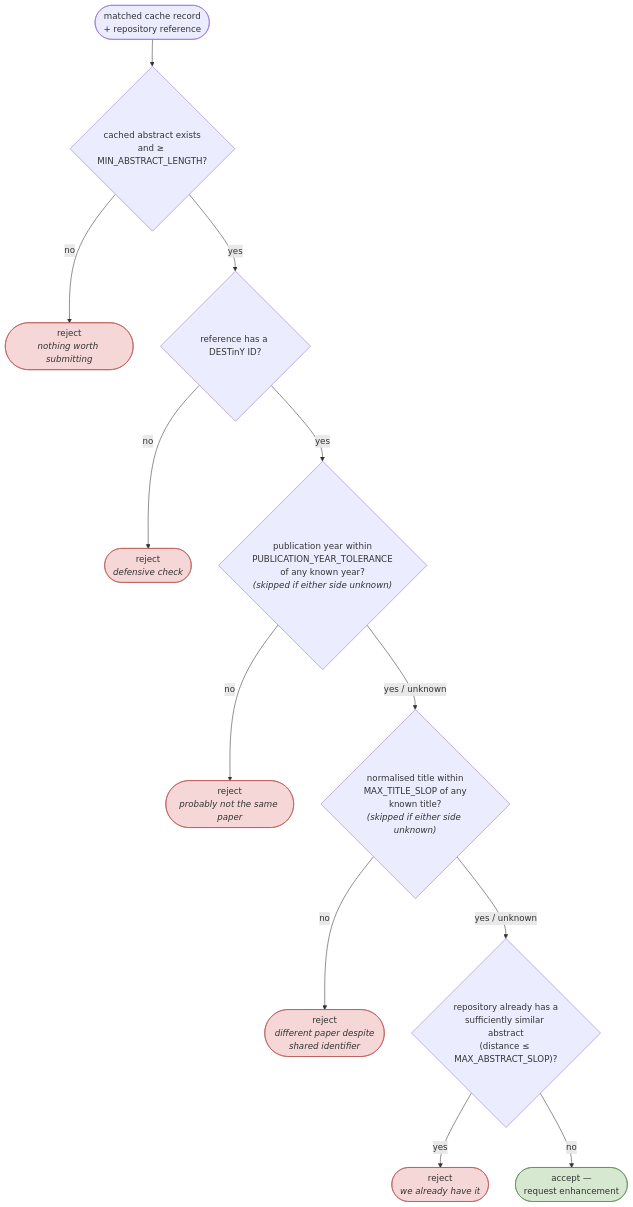
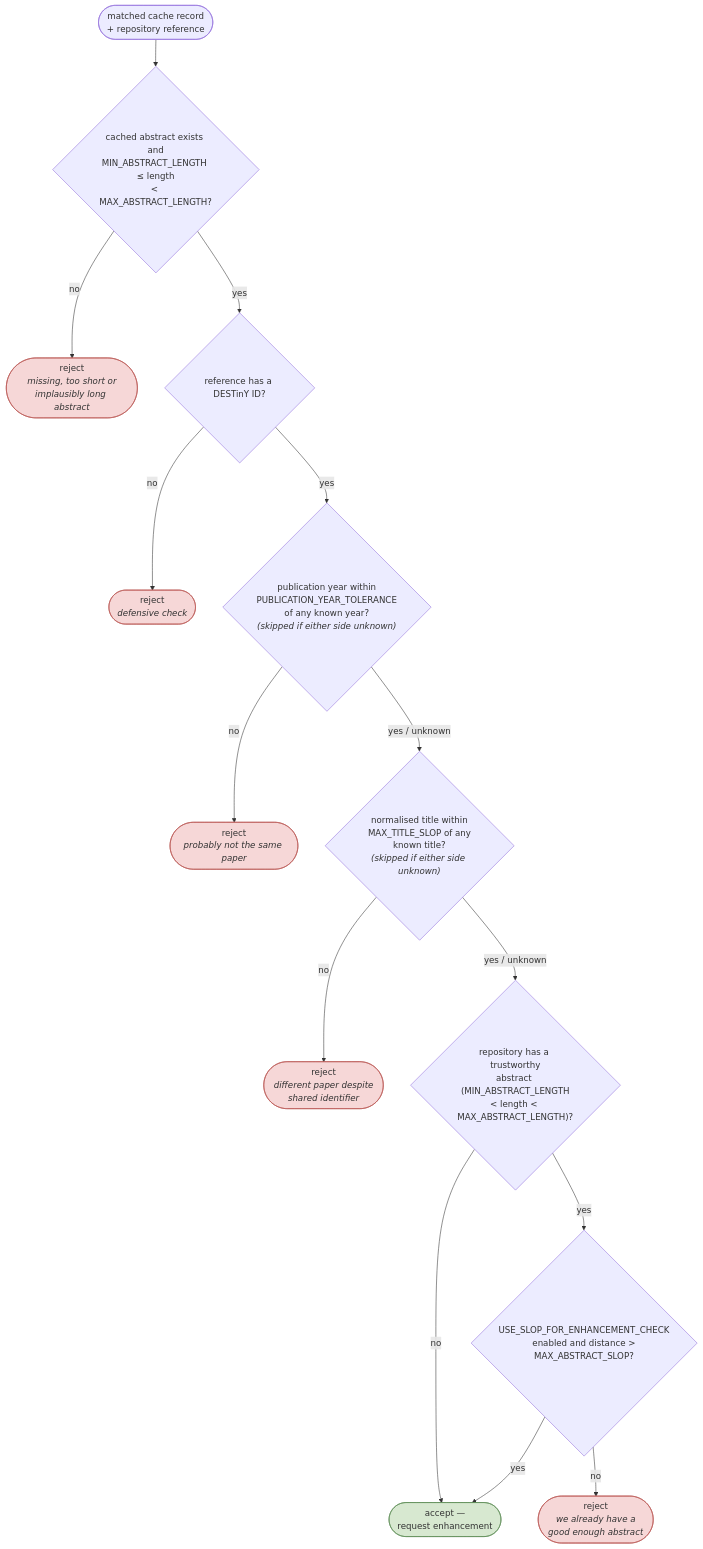
One commit to destiny-evidence/bulk-abstract-ingest-robot changed the diagram in docs/docs/matching.md. Above: the diagram before and after it, drawn with Mermaid. The commit also changed other lines of this file and 11 other files, not shown here.

````diff
--- a/docs/docs/matching.md
+++ b/docs/docs/matching.md
@@ -17,21 +17,23 @@
 ```mermaid
 flowchart TD
-    START(["matched cache record<br/>+ repository reference"]) --> A{"cached abstract exists<br/>and ≥ MIN_ABSTRACT_LENGTH?"}
-    A -- "no" --> REJ1(["reject<br/><i>nothing worth submitting</i>"])
+    START(["matched cache record<br/>+ repository reference"]) --> A{"cached abstract exists and<br/>MIN_ABSTRACT_LENGTH ≤ length<br/>&lt; MAX_ABSTRACT_LENGTH?"}
+    A -- "no" --> REJ1(["reject<br/><i>missing, too short or<br/>implausibly long abstract</i>"])
     A -- yes --> B{"reference has a DESTinY ID?"}
     B -- "no" --> REJ2(["reject<br/><i>defensive check</i>"])
     B -- yes --> C{"publication year within<br/>PUBLICATION_YEAR_TOLERANCE<br/>of any known year?<br/><i>(skipped if either side unknown)</i>"}
     C -- "no" --> REJ3(["reject<br/><i>probably not the same paper</i>"])
     C -- "yes / unknown" --> D{"normalised title within<br/>MAX_TITLE_SLOP of any<br/>known title?<br/><i>(skipped if either side unknown)</i>"}
     D -- "no" --> REJ4(["reject<br/><i>different paper despite<br/>shared identifier</i>"])
-    D -- "yes / unknown" --> E{"repository already has a<br/>sufficiently similar abstract<br/>(distance ≤ MAX_ABSTRACT_SLOP)?"}
-    E -- yes --> REJ5(["reject<br/><i>we already have it</i>"])
+    D -- "yes / unknown" --> E{"repository has a trustworthy<br/>abstract (MIN_ABSTRACT_LENGTH<br/>&lt; length &lt; MAX_ABSTRACT_LENGTH)?"}
     E -- "no" --> OK(["accept —<br/>request enhancement"])
+    E -- yes --> F{"USE_SLOP_FOR_ENHANCEMENT_CHECK<br/>enabled and distance &gt;<br/>MAX_ABSTRACT_SLOP?"}
+    F -- yes --> OK
+    F -- "no" --> REJ5(["reject<br/><i>we already have a<br/>good enough abstract</i>"])
 
     style REJ1 fill:#f6d7d7,stroke:#b85450
     style REJ2 fill:#f6d7d7,stroke:#b85450
     style REJ3 fill:#f6d7d7,stroke:#b85450
     style REJ4 fill:#f6d7d7,stroke:#b85450
     style REJ5 fill:#f6d7d7,stroke:#b85450
     style OK fill:#d7e8d0,stroke:#5a8a52
 ```
````
